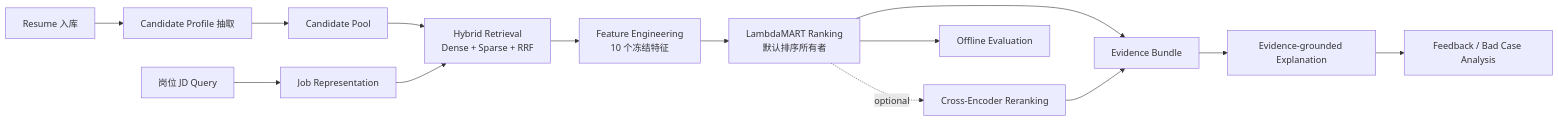
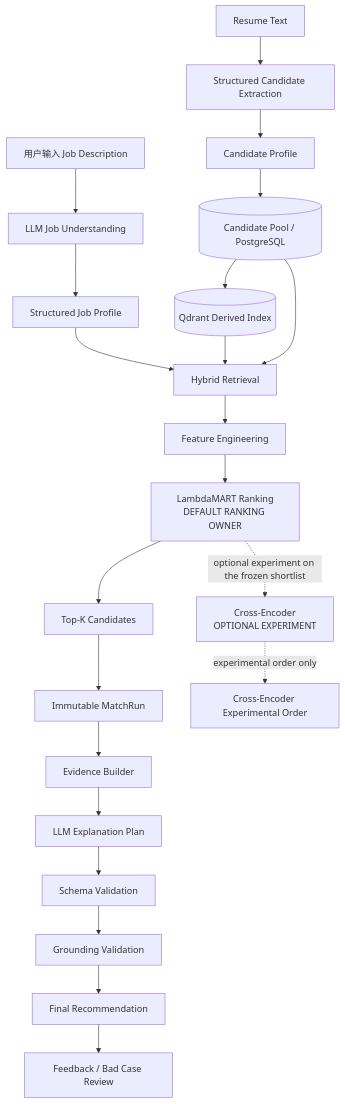
Before and after one commit to rM0on/peoplematch-agent: the first of 2 diagrams in README.md, drawn with Mermaid. The commit also changed other lines of this file, not shown here.

````diff
--- a/README.md
+++ b/README.md
@@ -47,16 +89,28 @@
 ```mermaid
-flowchart LR
-  Resume[Resume 入库] --> Extract[Candidate Profile 抽取]
-  Extract --> Pool[Candidate Pool]
-  JD[岗位 JD Query] --> Job[Job Representation]
-  Pool --> Retrieval[Hybrid Retrieval<br/>Dense + Sparse + RRF]
-  Job --> Retrieval
-  Retrieval --> Features[Feature Engineering<br/>10 个冻结特征]
-  Features --> LTR[LambdaMART Ranking<br/>默认排序所有者]
-  LTR -. optional .-> CE[Cross-Encoder Reranking]
-  LTR --> Evidence[Evidence Bundle]
-  CE --> Evidence
-  Evidence --> Explain[Evidence-grounded Explanation]
-  Explain --> Review[Feedback / Bad Case Analysis]
-  LTR --> Eval[Offline Evaluation]
+flowchart TD
+    JD["用户输入 Job Description"] --> LLM1["LLM Job Understanding"]
+    LLM1 --> Job["Structured Job Profile"]
+
+    Resume["Resume Text"] --> LLM2["Structured Candidate Extraction"]
+    LLM2 --> Candidate["Candidate Profile"]
+    Candidate --> Pool[(Candidate Pool / PostgreSQL)]
+    Pool --> Index[(Qdrant Derived Index)]
+
+    Job --> Retrieval["Hybrid Retrieval"]
+    Index --> Retrieval
+    Pool --> Retrieval
+    Retrieval --> Features["Feature Engineering"]
+    Features --> LTR["LambdaMART Ranking<br/>DEFAULT RANKING OWNER"]
+    LTR --> TopK["Top-K Candidates"]
+
+    TopK --> Run["Immutable MatchRun"]
+    Run --> Evidence["Evidence Builder"]
+    Evidence --> LLM3["LLM Explanation Plan"]
+    LLM3 --> Schema["Schema Validation"]
+    Schema --> Grounding["Grounding Validation"]
+    Grounding --> Output["Final Recommendation"]
+    Output --> Review["Feedback / Bad Case Review"]
+
+    LTR -. "optional experiment on the frozen shortlist" .-> CE["Cross-Encoder<br/>OPTIONAL EXPERIMENT"]
+    CE -. "experimental order only" .-> CEOrder["Cross-Encoder Experimental Order"]
 ```
````
